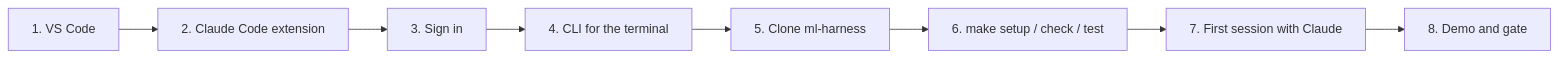
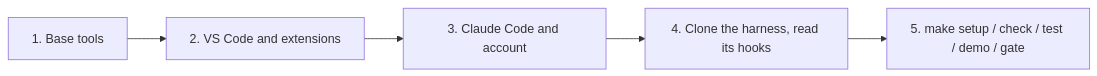
The diagram in docs/install-claude-code-vscode.md (coagente/ml-harness), drawn with Mermaid before and after one commit. The commit also changed other lines of this file and 4 other files, not shown here.

````diff
--- a/docs/install-claude-code-vscode.md
+++ b/docs/install-claude-code-vscode.md
@@ -8,10 +11,7 @@
 ```mermaid
 flowchart LR
-    A[1. VS Code] --> B[2. Claude Code extension]
-    B --> C[3. Sign in]
-    C --> D[4. CLI for the terminal]
-    D --> E[5. Clone ml-harness]
-    E --> F[6. make setup / check / test]
-    F --> G[7. First session with Claude]
-    G --> H[8. Demo and gate]
+    A[1. Base tools] --> B[2. VS Code and extensions]
+    B --> C[3. Claude Code and account]
+    C --> D[4. Clone the harness, read its hooks]
+    D --> E[5. make setup / check / test / demo / gate]
 ```
````
